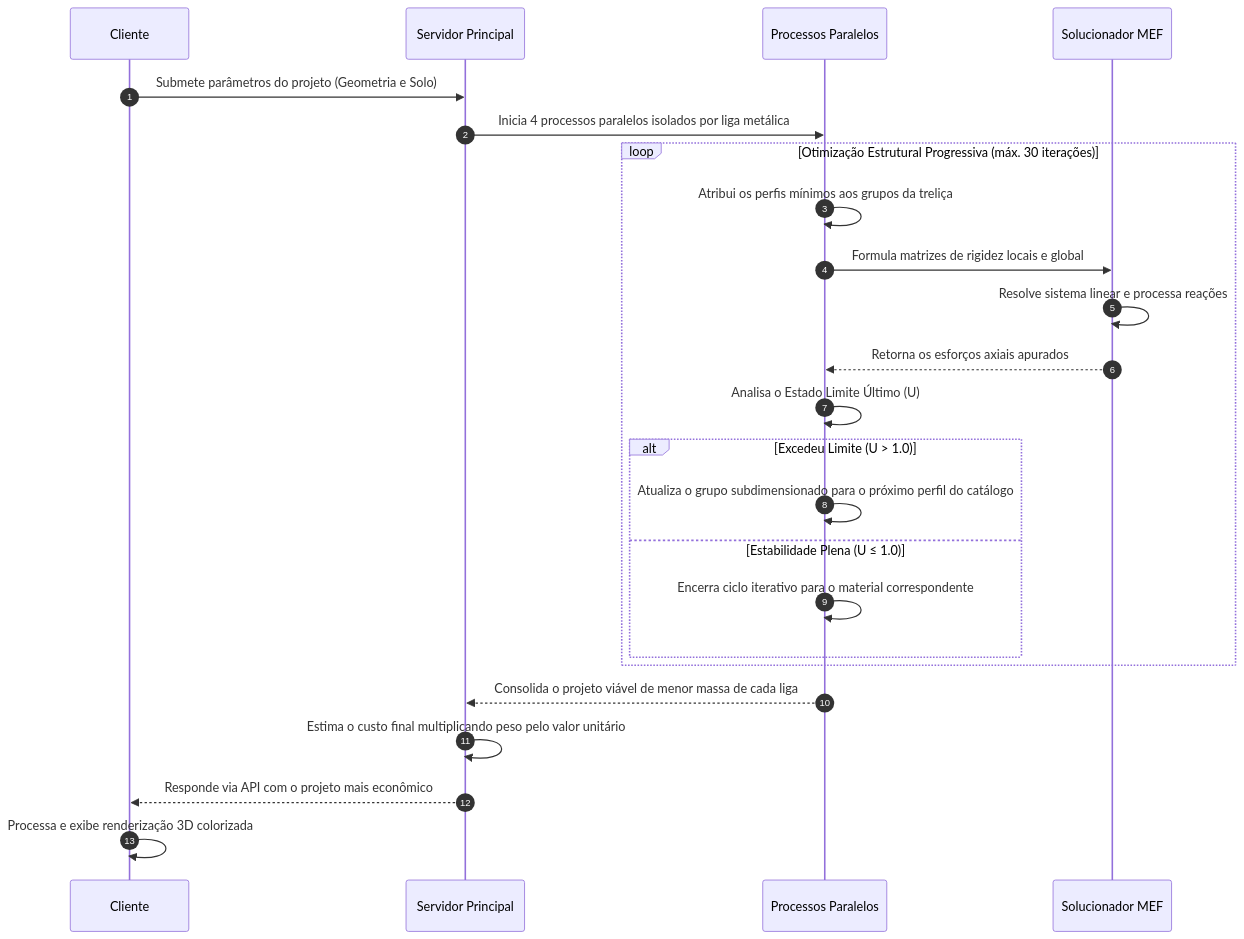
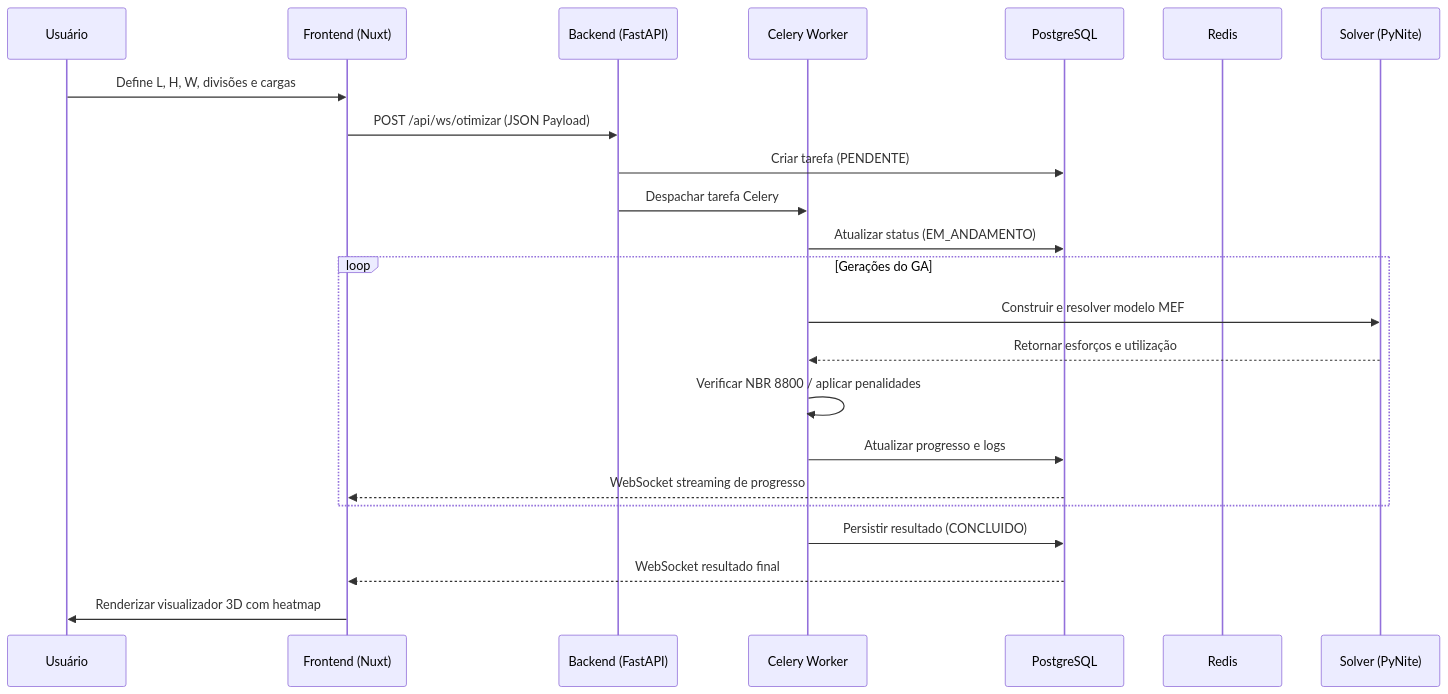
The third of 3 diagrams in README.md (paulomml/truss-opt-3d), drawn with Mermaid before and after one commit. The commit also changed other lines of this file and 78 other files, not shown here.

First line of the commit message:
Refatorar completamente o sistema: GA Memético, arquitetura distribuída e frontend Nuxt 4

````diff
--- a/README.md
+++ b/README.md
@@ -208,30 +246,26 @@
 ```mermaid
 sequenceDiagram
-    autonumber
-    participant Usr as Cliente
-    participant Srv as Servidor Principal
-    participant Cpu as Processos Paralelos
-    participant Mef as Solucionador MEF
+    participant U as Usuário
+    participant F as Frontend (Nuxt)
+    participant B as Backend (FastAPI)
+    participant C as Celery Worker
+    participant D as PostgreSQL
+    participant R as Redis
+    participant S as Solver (PyNite)
 
-    Usr->>Srv: Submete parâmetros do projeto (Geometria e Solo)
-    Srv->>Cpu: Inicia 4 processos paralelos isolados por liga metálica
-
-    loop Otimização Estrutural Progressiva (máx. 30 iterações)
-        Cpu->>Cpu: Atribui os perfis mínimos aos grupos da treliça
-        Cpu->>Mef: Formula matrizes de rigidez locais e global
-        Mef->>Mef: Resolve sistema linear e processa reações
-        Mef-->>Cpu: Retorna os esforços axiais apurados
-        Cpu->>Cpu: Analisa o Estado Limite Último (U)
-
-        alt Excedeu Limite (U > 1.0)
-            Cpu->>Cpu: Atualiza o grupo subdimensionado para o próximo perfil do catálogo
-        else Estabilidade Plena (U ≤ 1.0)
-            Cpu->>Cpu: Encerra ciclo iterativo para o material correspondente
-        end
+    U->>F: Define L, H, W, divisões e cargas
+    F->>B: POST /api/ws/otimizar (JSON Payload)
+    B->>D: Criar tarefa (PENDENTE)
+    B->>C: Despachar tarefa Celery
+    C->>D: Atualizar status (EM_ANDAMENTO)
+    Loop Gerações do GA
+        C->>S: Construir e resolver modelo MEF
+        S-->>C: Retornar esforços e utilização
+        C->>C: Verificar NBR 8800 / aplicar penalidades
+        C->>D: Atualizar progresso e logs
+        D-->>F: WebSocket streaming de progresso
     end
-
-    Cpu-->>Srv: Consolida o projeto viável de menor massa de cada liga
-    Srv->>Srv: Estima o custo final multiplicando peso pelo valor unitário
-    Srv-->>Usr: Responde via API com o projeto mais econômico
-    Usr->>Usr: Processa e exibe renderização 3D colorizada
+    C->>D: Persistir resultado (CONCLUIDO)
+    D-->>F: WebSocket resultado final
+    F->>U: Renderizar visualizador 3D com heatmap
 ```
````
